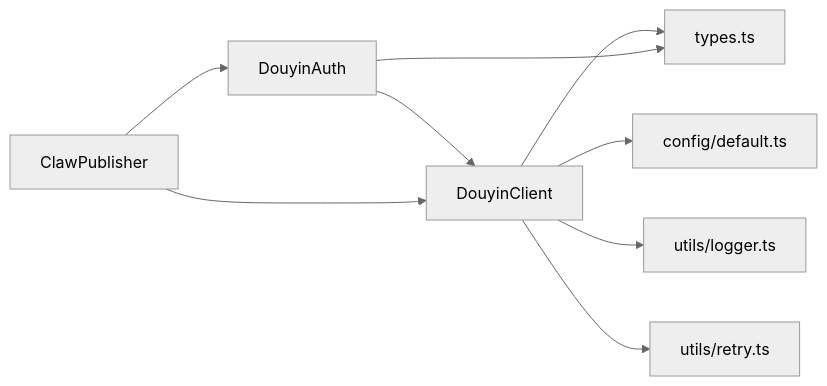
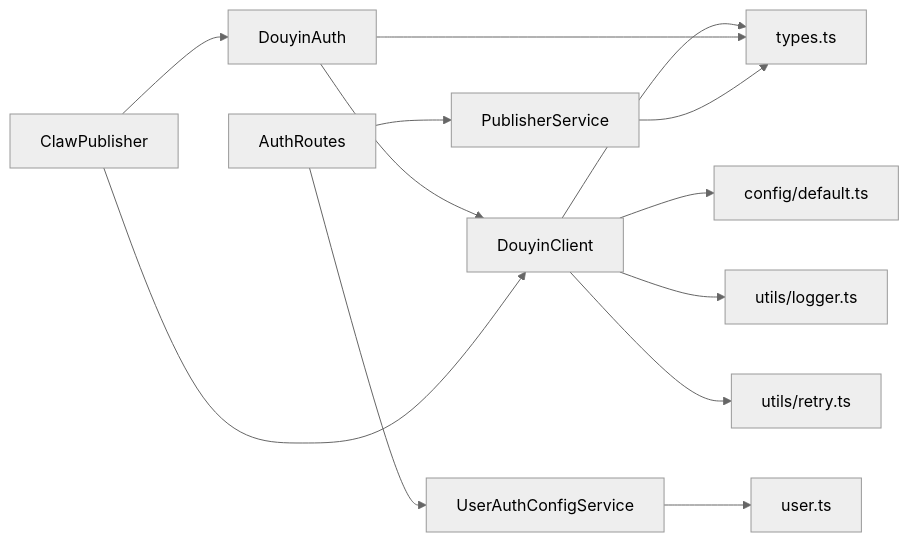
Before and after one commit to songdiyang/clawOperations: the ninth of 9 diagrams in .qoder/repowiki/zh/content/核心模块详解/认证模块/认证模块.md, drawn with Mermaid (neutral theme). The commit also changed other lines of this file and 6 other files, not shown here.

````diff
--- a/.qoder/repowiki/zh/content/核心模块详解/认证模块/认证模块.md
+++ b/.qoder/repowiki/zh/content/核心模块详解/认证模块/认证模块.md
@@ -326,11 +456,15 @@
 ```mermaid
 graph LR
 Auth["DouyinAuth"] --> Client["DouyinClient"]
 Publisher["ClawPublisher"] --> Auth
 Publisher --> Client
 Client --> Types["types.ts"]
 Auth --> Types
 Client --> Config["config/default.ts"]
 Client --> Logger["utils/logger.ts"]
 Client --> Retry["utils/retry.ts"]
+AuthRoutes["AuthRoutes"] --> UserConfig["UserAuthConfigService"]
+AuthRoutes --> PublisherService["PublisherService"]
+UserConfig --> UserModel["user.ts"]
+PublisherService --> Types
 ```
````
